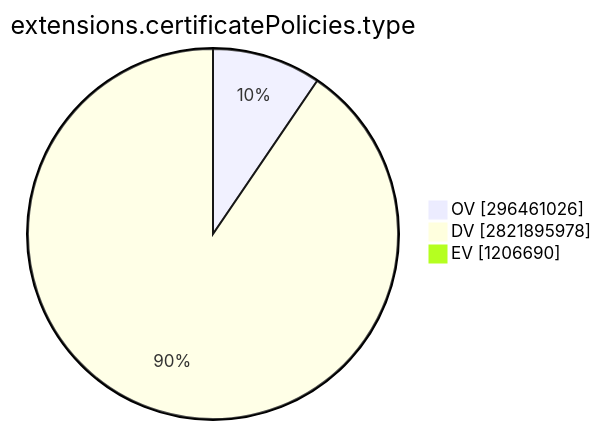
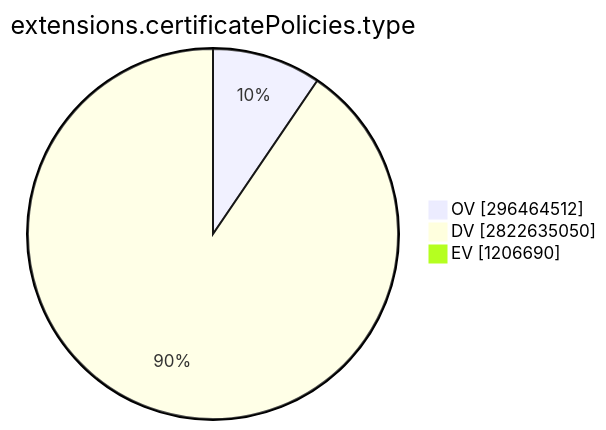
One commit to christiankrug/ctmonitor_visualization changed the ninth of 15 diagrams in TOTAL/README.md. Above: the diagram before and after it, drawn with Mermaid. The commit also changed other lines of this file, not shown here.

````diff
--- a/TOTAL/README.md
+++ b/TOTAL/README.md
@@ -3099,7 +3099,7 @@
 ```mermaid
 pie showData
 title extensions.certificatePolicies.type
-"OV" :296461026
-"DV" :2821895978
+"OV" :296464512
+"DV" :2822635050
 "EV" :1206690
 ```
````
